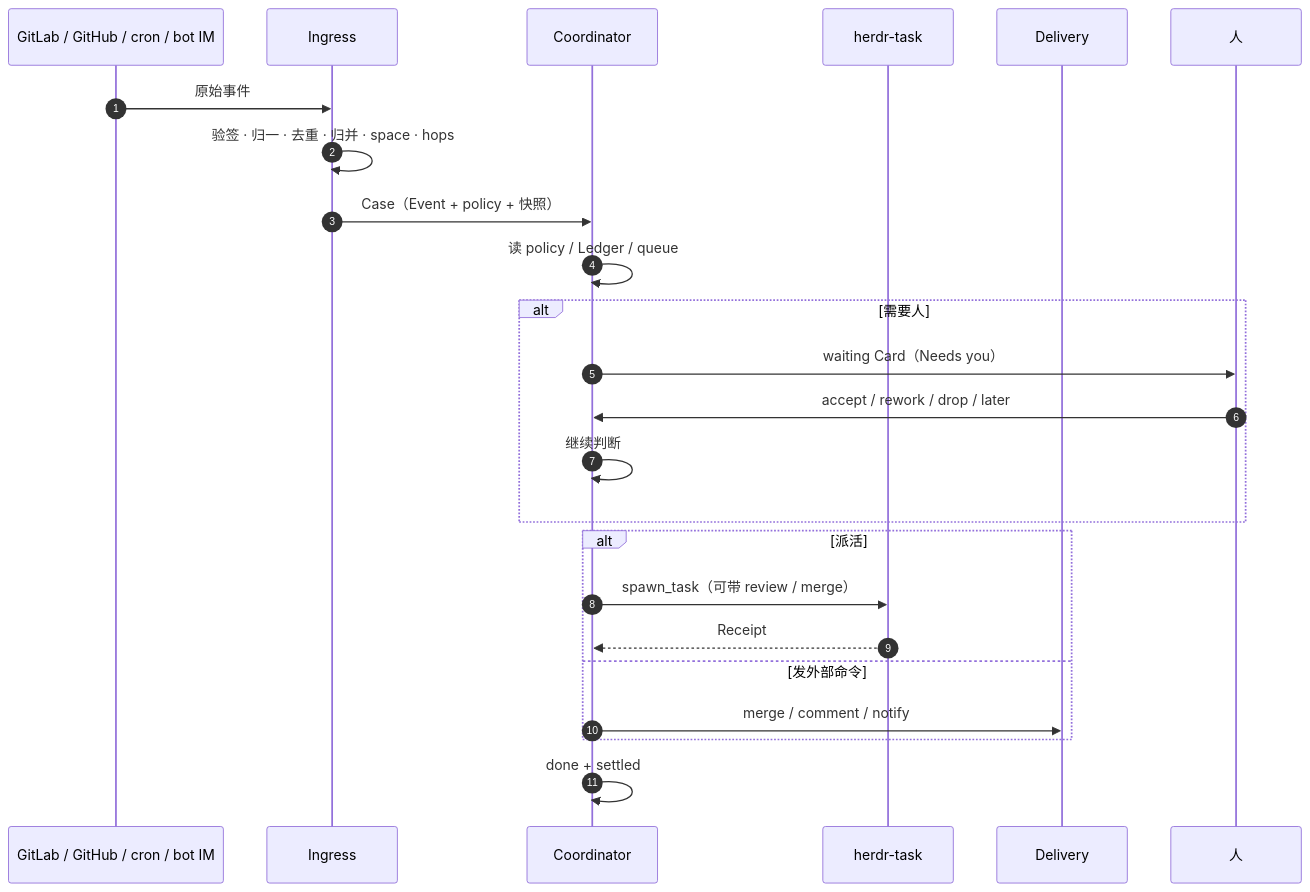
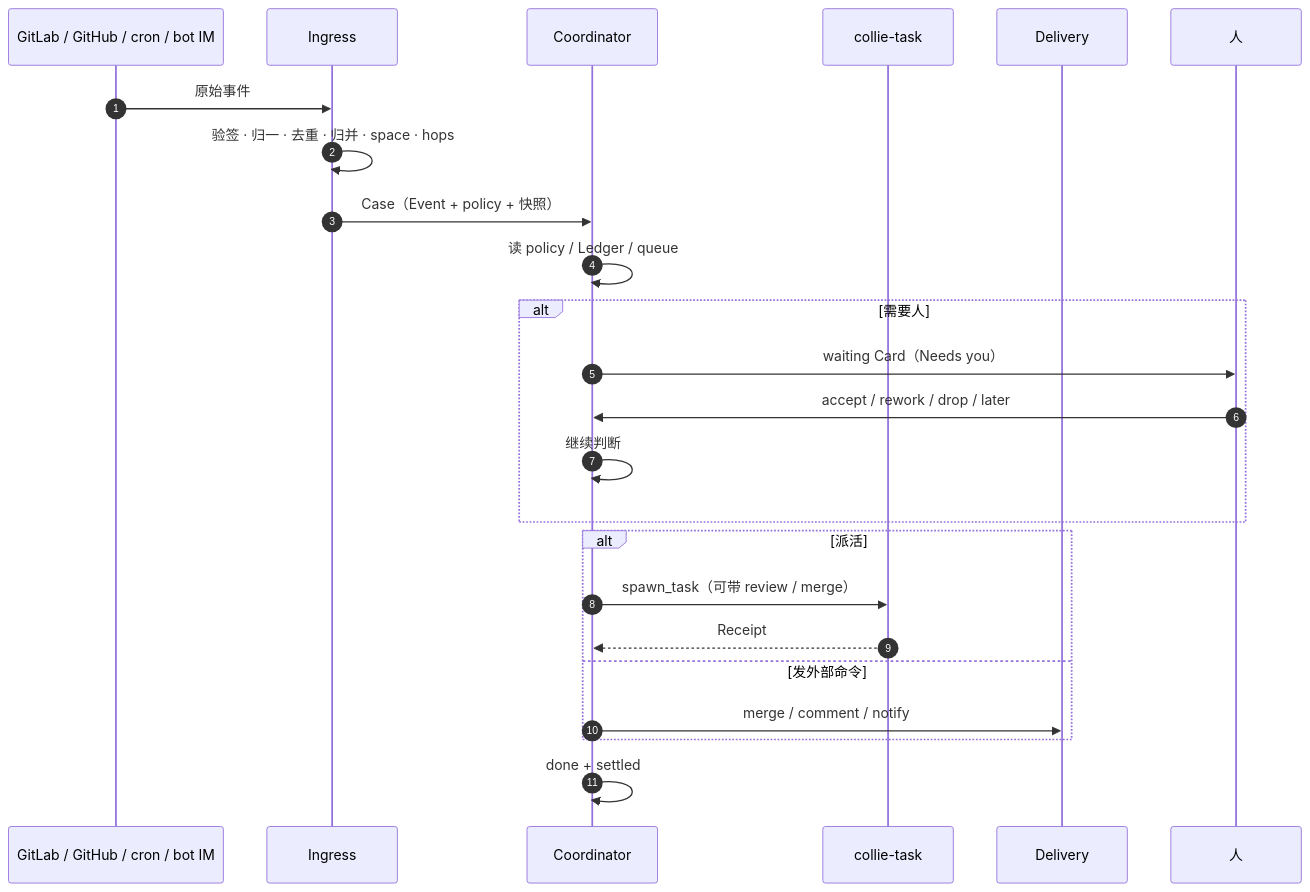
Before and after one commit to iodone/collie: the fourth of 6 diagrams in docs/ARCHITECTURE.md, drawn with Mermaid. The commit also changed other lines of this file and 2 other files, not shown here.

First line of the commit message:
docs: refresh Work/Ticket mapping and collie-task naming

````diff
--- a/docs/ARCHITECTURE.md
+++ b/docs/ARCHITECTURE.md
@@ -225,27 +239,27 @@
 ```mermaid
 sequenceDiagram
   autonumber
   participant S as GitLab / GitHub / cron / bot IM
   participant I as Ingress
   participant C as Coordinator
-  participant T as herdr-task
+  participant T as collie-task
   participant E as Delivery
   participant U as 人
 
   S->>I: 原始事件
   I->>I: 验签 · 归一 · 去重 · 归并 · space · hops
   I->>C: Case（Event + policy + 快照）
   C->>C: 读 policy / Ledger / queue
   alt 需要人
     C->>U: waiting Card（Needs you）
     U->>C: accept / rework / drop / later
     C->>C: 继续判断
   end
   alt 派活
     C->>T: spawn_task（可带 review / merge）
     T-->>C: Receipt
   else 发外部命令
     C->>E: merge / comment / notify
   end
   C->>C: done + settled
 ```
````
